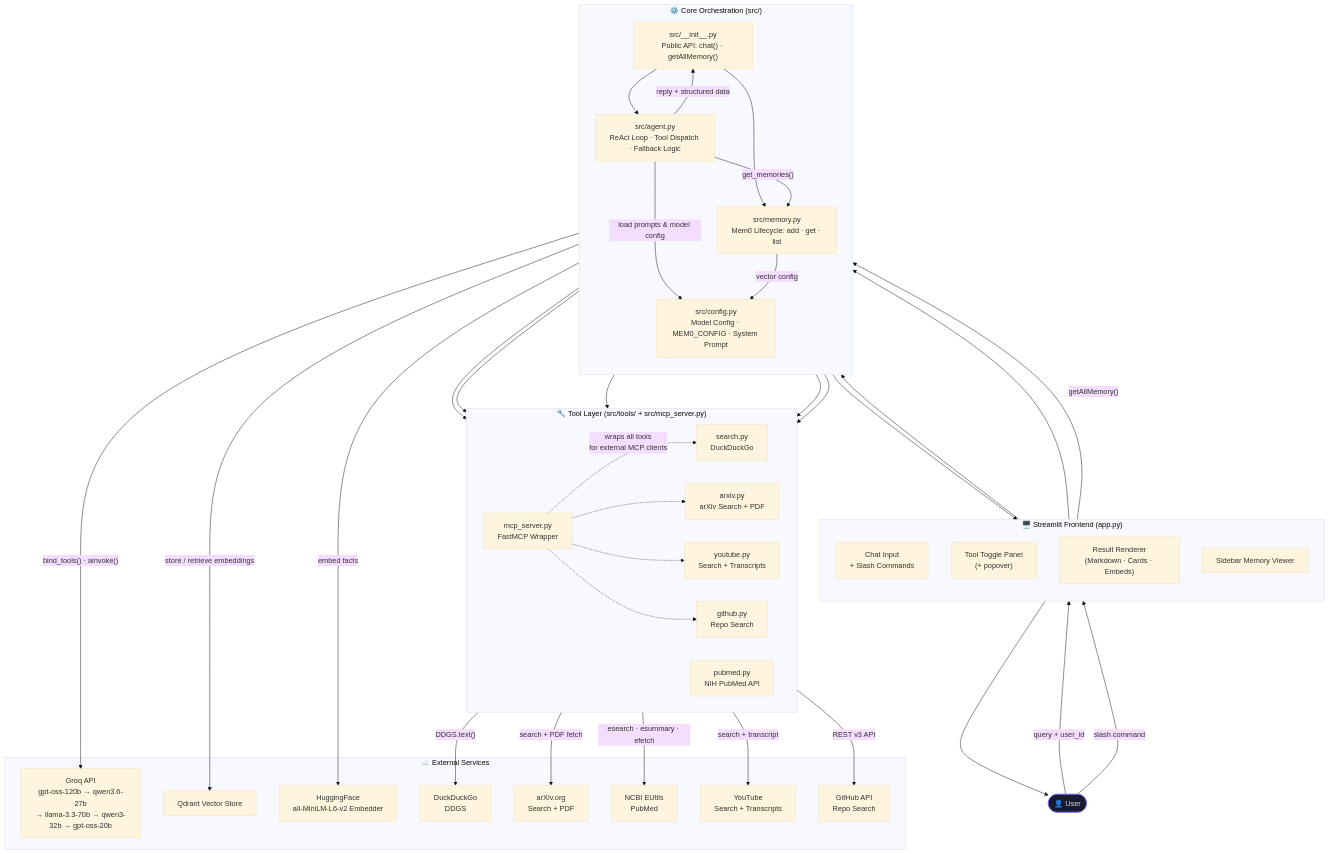
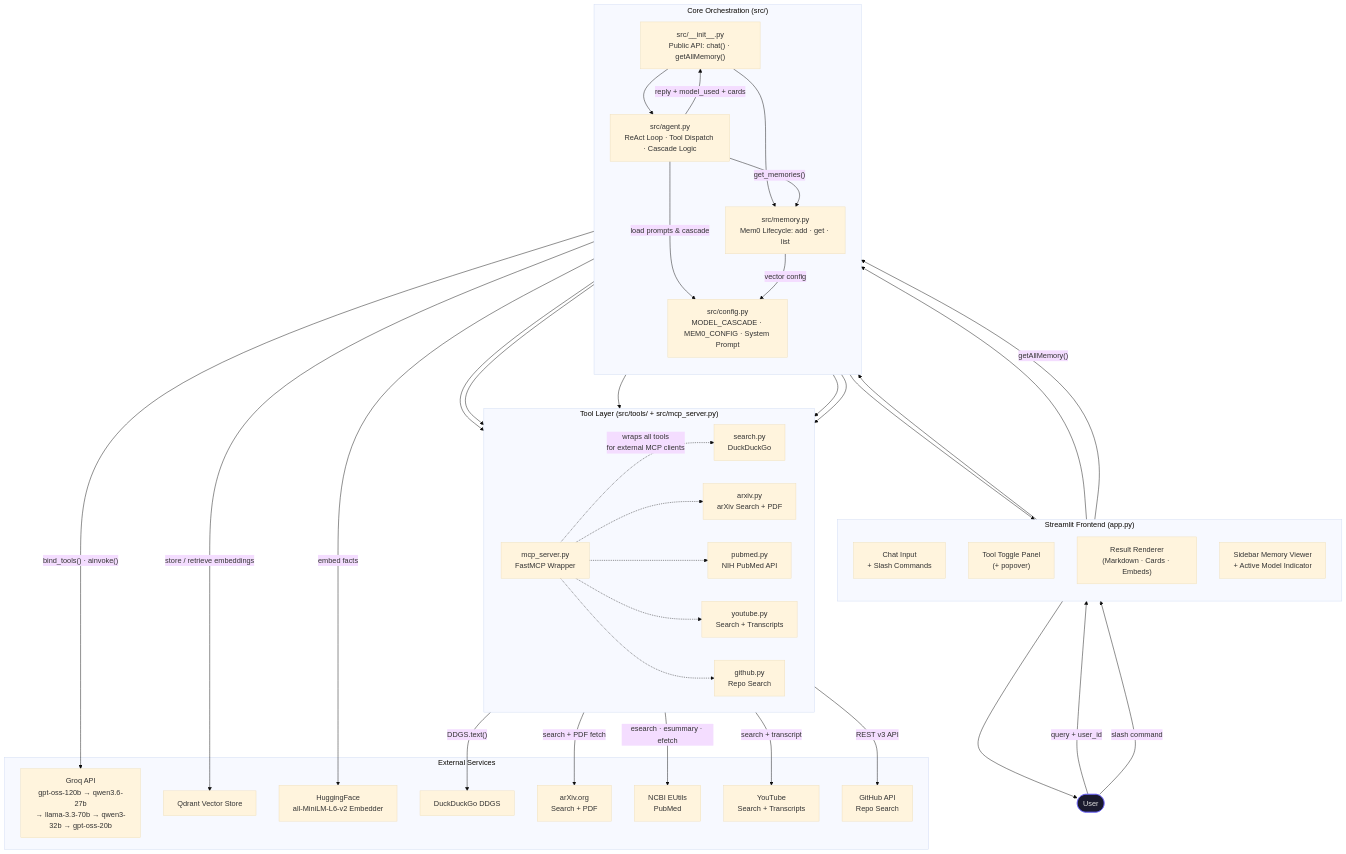
The first of 7 diagrams in readme.md (HAMZOO0/personal-research-agent), drawn with Mermaid (base theme) before and after one commit. The commit also changed other lines of this file and 19 other files, not shown here.

````diff
--- a/readme.md
+++ b/readme.md
@@ -42,82 +209,82 @@
 ```mermaid
 flowchart TB
-    User(["👤 User"]):::user
+    User(["User"]):::user
 
-    subgraph UI ["🖥️  Streamlit Frontend  (app.py)"]
+    subgraph UI ["Streamlit Frontend  (app.py)"]
         direction TB
         ChatInput["Chat Input\n+ Slash Commands"]
         ToolToggle["Tool Toggle Panel\n(+ popover)"]
         ResultRenderer["Result Renderer\n(Markdown · Cards · Embeds)"]
-        SidebarMemory["Sidebar Memory Viewer"]
+        SidebarMemory["Sidebar Memory Viewer\n+ Active Model Indicator"]
     end
 
-    subgraph Core ["⚙️  Core Orchestration  (src/)"]
+    subgraph Core ["Core Orchestration  (src/)"]
         direction TB
         Init["src/__init__.py\nPublic API: chat() · getAllMemory()"]
-        Agent["src/agent.py\nReAct Loop · Tool Dispatch · Fallback Logic"]
-        Config["src/config.py\nModel Config · MEM0_CONFIG · System Prompt"]
+        Agent["src/agent.py\nReAct Loop · Tool Dispatch · Cascade Logic"]
+        Config["src/config.py\nMODEL_CASCADE · MEM0_CONFIG · System Prompt"]
         Memory["src/memory.py\nMem0 Lifecycle: add · get · list"]
     end
 
-    subgraph Tools ["🔧  Tool Layer  (src/tools/ + src/mcp_server.py)"]
+    subgraph Tools ["Tool Layer  (src/tools/ + src/mcp_server.py)"]
         direction LR
         WebSearch["search.py\nDuckDuckGo"]
         ArxivSearch["arxiv.py\narXiv Search + PDF"]
         PubMed["pubmed.py\nNIH PubMed API"]
         YouTube["youtube.py\nSearch + Transcripts"]
         GitHub["github.py\nRepo Search"]
         MCP["mcp_server.py\nFastMCP Wrapper"]
     end
 
-    subgraph External ["☁️  External Services"]
+    subgraph External ["External Services"]
         Groq["Groq API\ngpt-oss-120b → qwen3.6-27b\n→ llama-3.3-70b → qwen3-32b → gpt-oss-20b"]
         Qdrant["Qdrant Vector Store"]
         HFEmbed["HuggingFace\nall-MiniLM-L6-v2 Embedder"]
-        DDGS["DuckDuckGo\nDDGS"]
+        DDGS["DuckDuckGo DDGS"]
         ArxivAPI["arXiv.org\nSearch + PDF"]
         PubMedAPI["NCBI EUtils\nPubMed"]
         YTAPI["YouTube\nSearch + Transcripts"]
         GHAPI["GitHub API\nRepo Search"]
     end
 
     User -->|"query + user_id"| ChatInput
     User -->|"slash command"| ToolToggle
     ChatInput --> Init
     ToolToggle --> Init
     SidebarMemory -->|"getAllMemory()"| Init
 
     Init --> Agent
     Init --> Memory
 
     Agent -->|"get_memories()"| Memory
-    Agent -->|"load prompts & model config"| Config
+    Agent -->|"load prompts & cascade"| Config
     Memory -->|"vector config"| Config
 
     Agent -->|"bind_tools() · ainvoke()"| Groq
     Agent --> WebSearch
     Agent --> ArxivSearch
     Agent --> PubMed
     Agent --> YouTube
     Agent --> GitHub
 
     Memory -->|"store / retrieve embeddings"| Qdrant
     Memory -->|"embed facts"| HFEmbed
 
     WebSearch -->|"DDGS.text()"| DDGS
     ArxivSearch -->|"search + PDF fetch"| ArxivAPI
     PubMed -->|"esearch · esummary · efetch"| PubMedAPI
     YouTube -->|"search + transcript"| YTAPI
     GitHub -->|"REST v3 API"| GHAPI
 
     MCP -.->|"wraps all tools\nfor external MCP clients"| WebSearch
     MCP -.-> ArxivSearch
+    MCP -.-> PubMed
     MCP -.-> YouTube
     MCP -.-> GitHub
 
-    Agent -->|"reply + structured data"| Init
+    Agent -->|"reply + model_used + cards"| Init
     Init --> ResultRenderer
     ResultRenderer --> User
 
     classDef user fill:#1a1a2e,stroke:#6C63FF,color:#e0e0e0
-    classDef external fill:#0f3460,stroke:#16213e,color:#e0e0e0
 ```
````
